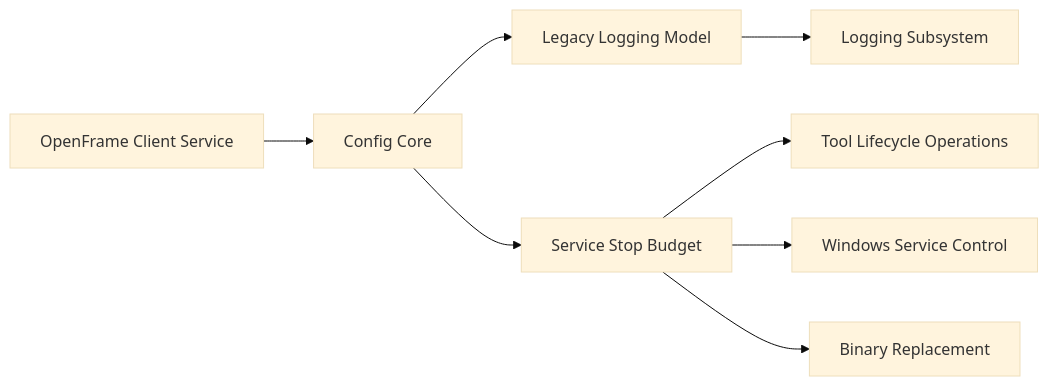
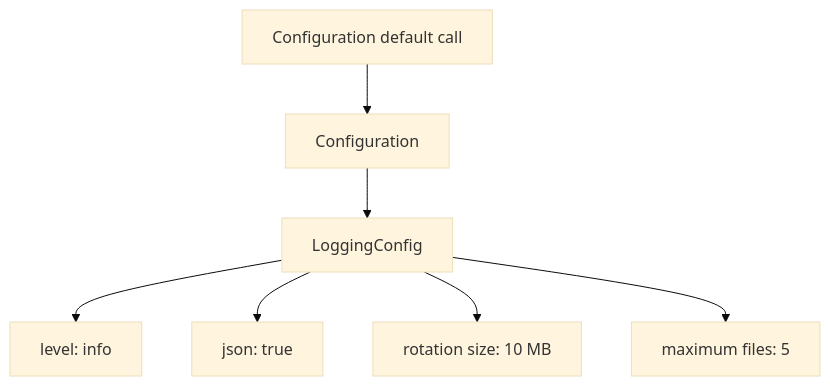
Before and after one commit to flamingo-stack/openframe-oss-tenant: the second of 4 diagrams in docs/reference/architecture/openframe-client-core/config-core/config-core.md, drawn with Mermaid (base theme). The commit also changed other lines of this file and 2377 other files, not shown here.

````diff
--- a/docs/reference/architecture/openframe-client-core/config-core/config-core.md
+++ b/docs/reference/architecture/openframe-client-core/config-core/config-core.md
@@ -14,10 +55,9 @@
 ```mermaid
-flowchart LR
-    ClientService["OpenFrame Client Service"] --> ConfigCore["Config Core"]
-    ConfigCore --> LegacyConfig["Legacy Logging Model"]
-    ConfigCore --> StopBudget["Service Stop Budget"]
-    LegacyConfig --> LoggingSubsystem["Logging Subsystem"]
-    StopBudget --> ToolLifecycle["Tool Lifecycle Operations"]
-    StopBudget --> WindowsService["Windows Service Control"]
-    StopBudget --> BinaryReplacement["Binary Replacement"]
+flowchart TD
+    DefaultCall["Configuration default call"] --> ConfigObject["Configuration"]
+    ConfigObject --> LoggingObject["LoggingConfig"]
+    LoggingObject --> Level["level: info"]
+    LoggingObject --> Json["json: true"]
+    LoggingObject --> Rotation["rotation size: 10 MB"]
+    LoggingObject --> Retention["maximum files: 5"]
 ```
````
